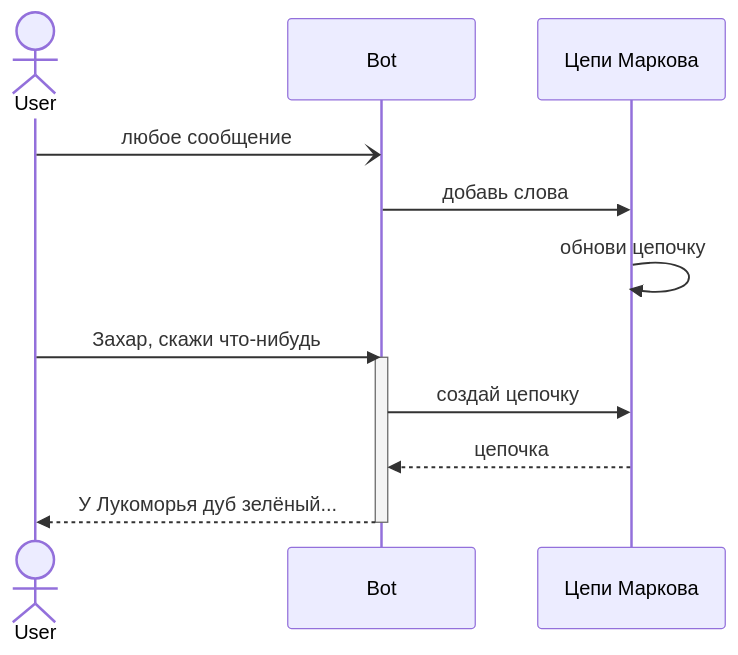
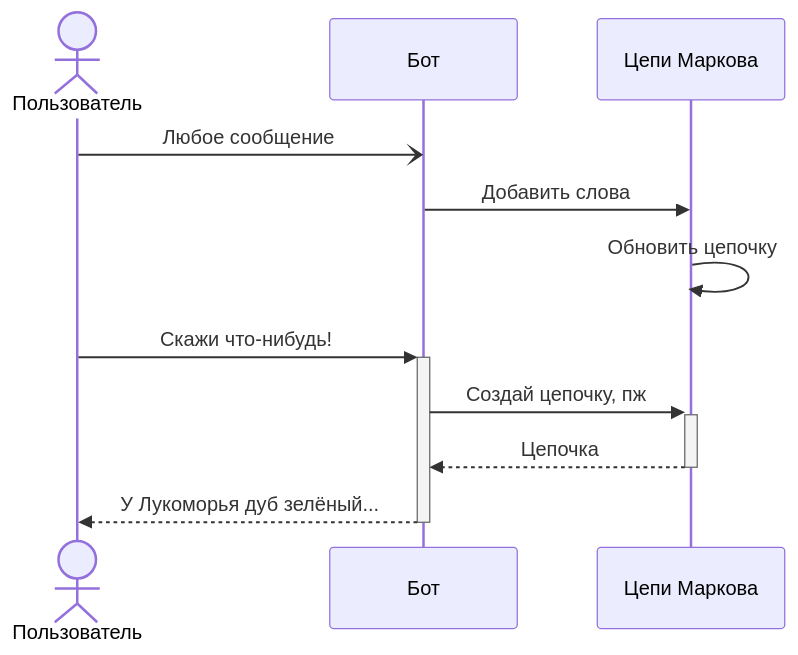
Before and after one commit to assisken/zakhar: the second of 3 diagrams in docs/commands.md, drawn with Mermaid. The commit also changed other lines of this file, not shown here.

````diff
--- a/docs/commands.md
+++ b/docs/commands.md
@@ -23,17 +21,15 @@
 ```mermaid
 sequenceDiagram
-    actor User
-    participant Bot
-    participant Chains as Цепи Маркова
+    actor U as Пользователь
+    participant B as Бот
+    participant C as Цепи Маркова
 
-    User-)Bot: любое сообщение
-    Bot->>Chains: добавь слова
-    Chains->>Chains: обнови цепочку
+    U-)B: Любое сообщение
+    B->>C: Добавить слова
+    C->>C: Обновить цепочку
 
-    User->>Bot: Захар, скажи что-нибудь
-    activate Bot
-    Bot->>Chains: создай цепочку
-    Chains-->>Bot: цепочка
-    Bot-->>User: У Лукоморья дуб зелёный...
-    deactivate Bot
+    U->>+B: Скажи что-нибудь!
+    B->>+C: Создай цепочку, пж
+    C-->>-B: Цепочка
+    B-->>-U: У Лукоморья дуб зелёный...
 ```
````
